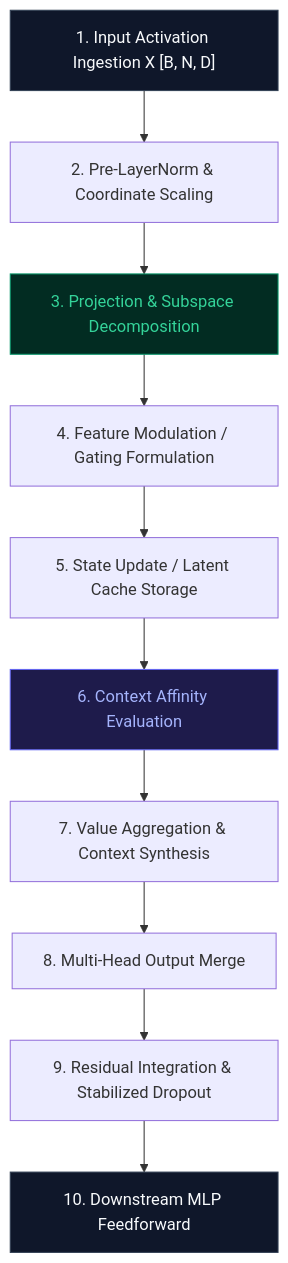
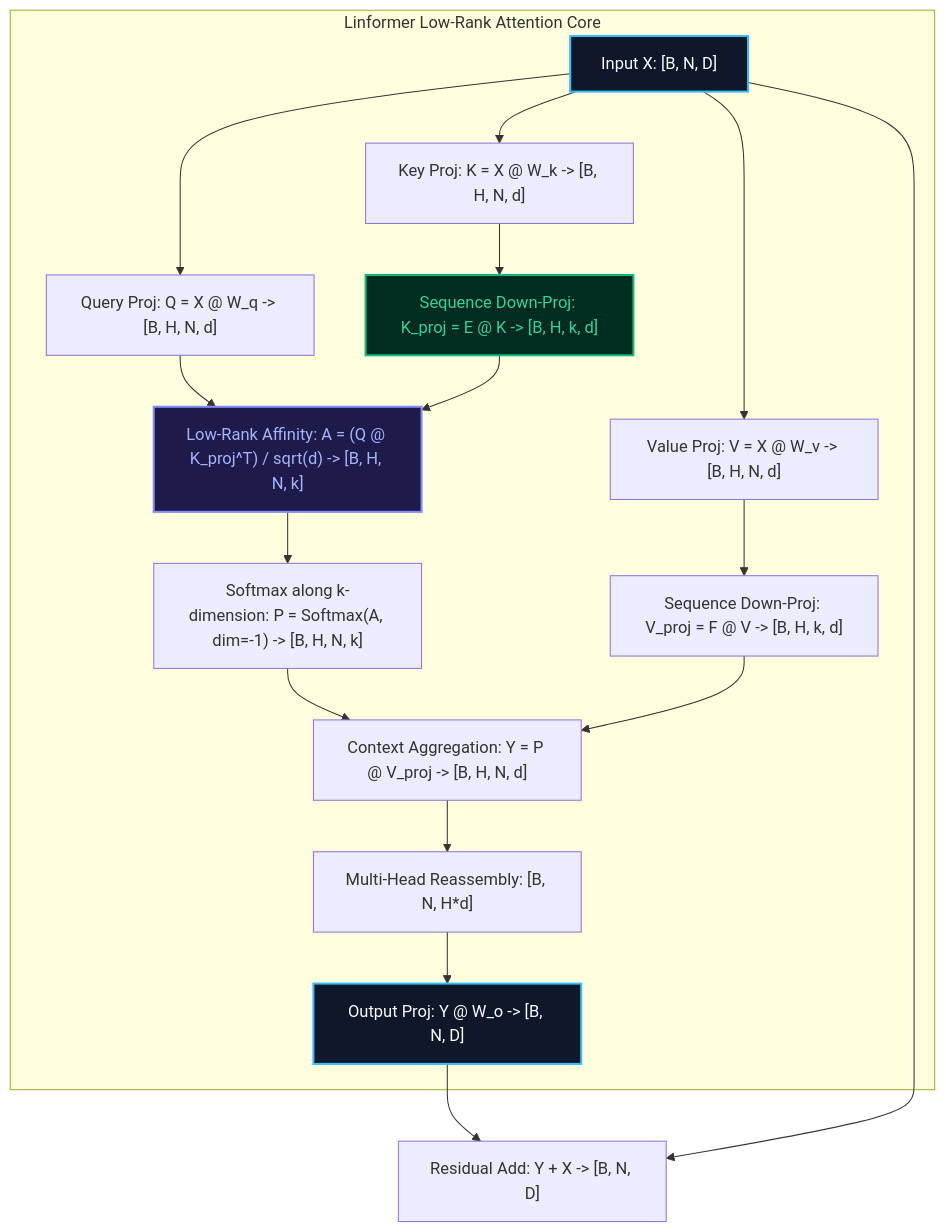
The second of 2 diagrams in Docs/content/attentions_blog/linformer_attention_blog.md (tahamajs/NeuralOps), drawn with Mermaid before and after one commit. The commit also changed other lines of this file and 19 other files, not shown here.

````diff
--- a/Docs/content/attentions_blog/linformer_attention_blog.md
+++ b/Docs/content/attentions_blog/linformer_attention_blog.md
@@ -77,17 +106,29 @@
 ```mermaid
-graph TD
-    Step1["1. Input Activation Ingestion X [B, N, D]"] --> Step2["2. Pre-LayerNorm & Coordinate Scaling"]
-    Step2 --> Step3["3. Projection & Subspace Decomposition"]
-    Step3 --> Step4["4. Feature Modulation / Gating Formulation"]
-    Step4 --> Step5["5. State Update / Latent Cache Storage"]
-    Step5 --> Step6["6. Context Affinity Evaluation"]
-    Step6 --> Step7["7. Value Aggregation & Context Synthesis"]
-    Step7 --> Step8["8. Multi-Head Output Merge"]
-    Step8 --> Step9["9. Residual Integration & Stabilized Dropout"]
-    Step9 --> Step10["10. Downstream MLP Feedforward"]
+flowchart TD
+    subgraph Linformer_Core["Linformer Low-Rank Attention Core"]
+        In["Input X: [B, N, D]"] --> ProjQ["Query Proj: Q = X @ W_q -> [B, H, N, d]"]
+        In --> ProjK["Key Proj: K = X @ W_k -> [B, H, N, d]"]
+        In --> ProjV["Value Proj: V = X @ W_v -> [B, H, N, d]"]
+        
+        ProjK --> SeqProjK["Sequence Down-Proj: K_proj = E @ K -> [B, H, k, d]"]
+        ProjV --> SeqProjV["Sequence Down-Proj: V_proj = F @ V -> [B, H, k, d]"]
+        
+        ProjQ --> ScaledDot["Low-Rank Affinity: A = (Q @ K_proj^T) / sqrt(d) -> [B, H, N, k]"]
+        SeqProjK --> ScaledDot
+        
+        ScaledDot --> Softmax["Softmax along k-dimension: P = Softmax(A, dim=-1) -> [B, H, N, k]"]
+        
+        Softmax --> ContextMul["Context Aggregation: Y = P @ V_proj -> [B, H, N, d]"]
+        SeqProjV --> ContextMul
+        
+        ContextMul --> Reshape["Multi-Head Reassembly: [B, N, H*d]"]
+        Reshape --> OutProj["Output Proj: Y @ W_o -> [B, N, D]"]
+    end
+    OutProj --> ResidualAdd["Residual Add: Y + X -> [B, N, D]"]
+    In --> ResidualAdd
 
-    style Step1 fill:#0F172A,stroke:#334155,color:#F8FAFC
-    style Step3 fill:#022C22,stroke:#059669,color:#34D399
-    style Step6 fill:#1E1B4B,stroke:#6366F1,color:#A5B4FC
-    style Step10 fill:#0F172A,stroke:#334155,color:#F8FAFC
+    style In fill:#0F172A,stroke:#38BDF8,stroke-width:2px,color:#F8FAFC
+    style SeqProjK fill:#022C22,stroke:#10B981,stroke-width:2px,color:#34D399
+    style ScaledDot fill:#1E1B4B,stroke:#818CF8,stroke-width:2px,color:#A5B4FC
+    style OutProj fill:#0F172A,stroke:#38BDF8,stroke-width:2px,color:#F8FAFC
 ```
````
